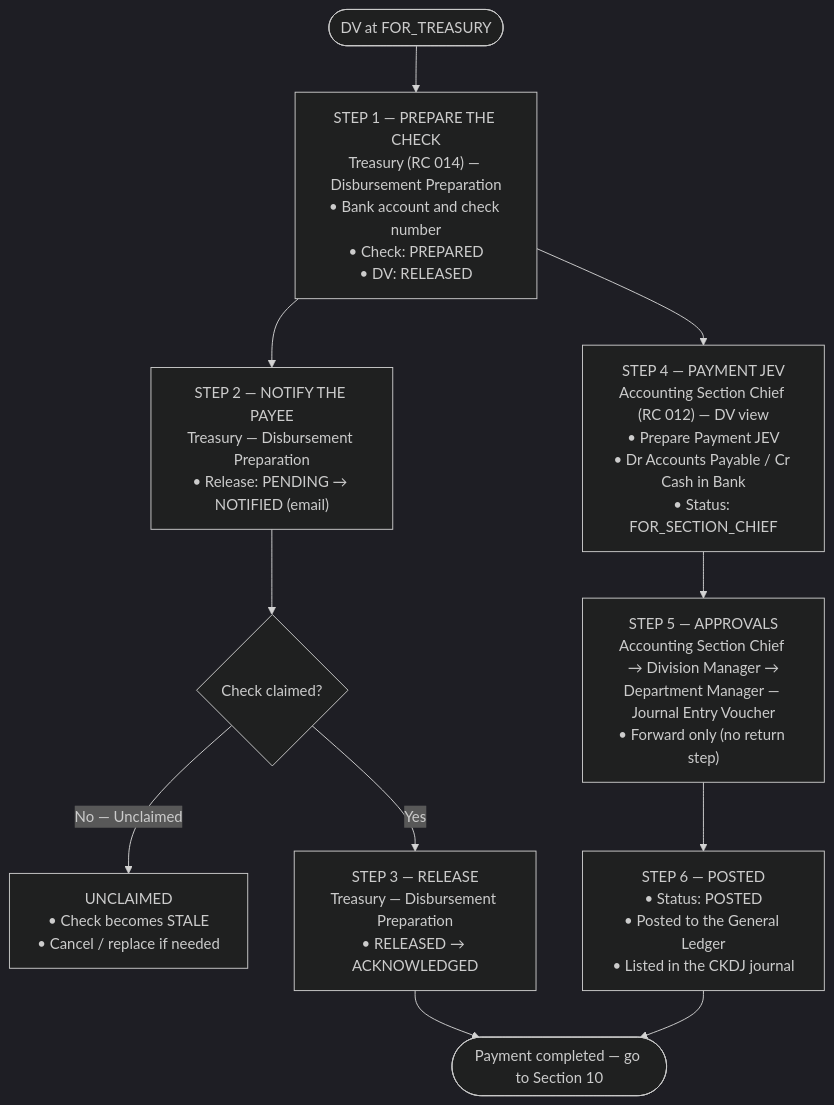
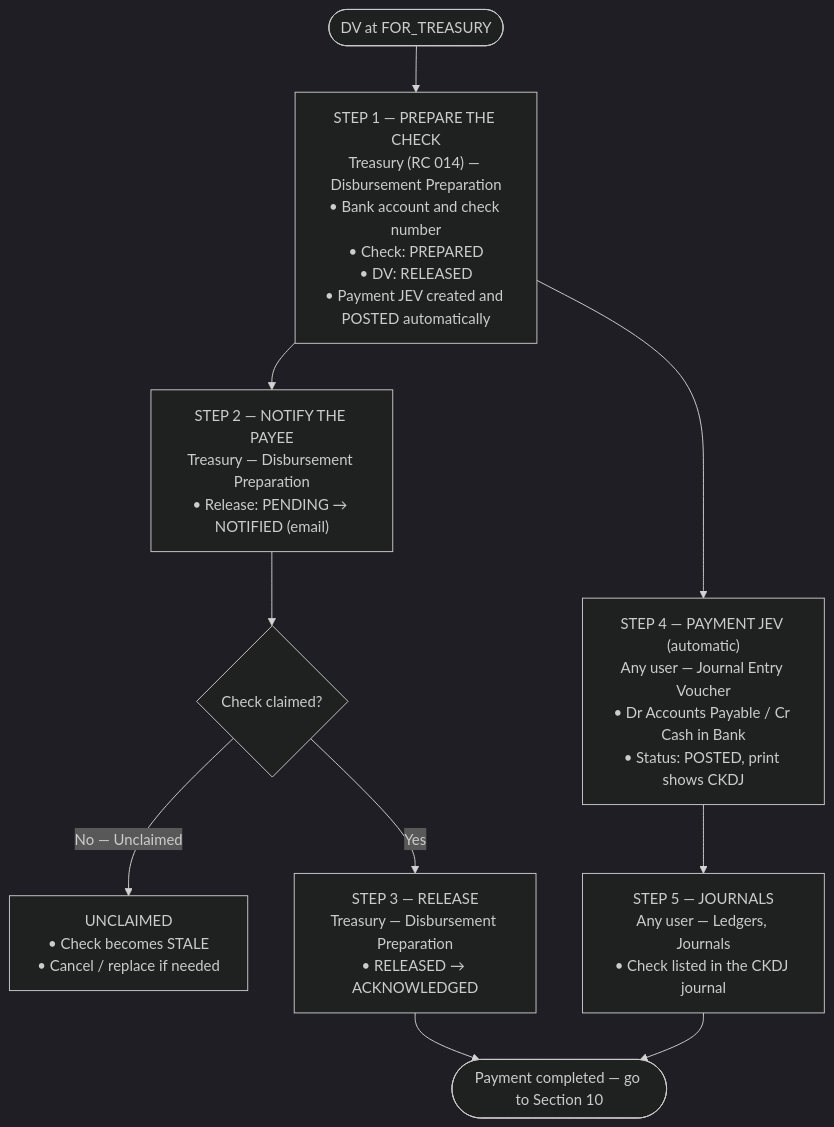
Before and after one commit to A-team-ITBS/fims-nha: diagram 12 of 14 in system_docs/process-flow/PROCESS-FLOW.md, drawn with Mermaid (dark theme). The commit also changed other lines of this file and 2 other files, not shown here.

First line of the commit message:
Update process flow documentation for clarity and accuracy

````diff
--- a/system_docs/process-flow/PROCESS-FLOW.md
+++ b/system_docs/process-flow/PROCESS-FLOW.md
@@ -441,13 +452,12 @@
 ```mermaid
 flowchart TD
-    START(["DV at FOR_TREASURY"]) --> S1["STEP 1 — PREPARE THE CHECK<br/>Treasury (RC 014) — Disbursement Preparation<br/>• Bank account and check number<br/>• Check: PREPARED<br/>• DV: RELEASED"]
+    START(["DV at FOR_TREASURY"]) --> S1["STEP 1 — PREPARE THE CHECK<br/>Treasury (RC 014) — Disbursement Preparation<br/>• Bank account and check number<br/>• Check: PREPARED<br/>• DV: RELEASED<br/>• Payment JEV created and POSTED automatically"]
     S1 --> S2["STEP 2 — NOTIFY THE PAYEE<br/>Treasury — Disbursement Preparation<br/>• Release: PENDING → NOTIFIED (email)"]
     S2 --> D1{"Check claimed?"}
     D1 -->|"No — Unclaimed"| U["UNCLAIMED<br/>• Check becomes STALE<br/>• Cancel / replace if needed"]
     D1 -->|"Yes"| S3["STEP 3 — RELEASE<br/>Treasury — Disbursement Preparation<br/>• RELEASED → ACKNOWLEDGED"]
-    S1 --> S4["STEP 4 — PAYMENT JEV<br/>Accounting Section Chief (RC 012) — DV view<br/>• Prepare Payment JEV<br/>• Dr Accounts Payable / Cr Cash in Bank<br/>• Status: FOR_SECTION_CHIEF"]
-    S4 --> S5["STEP 5 — APPROVALS<br/>Accounting Section Chief → Division Manager →<br/>Department Manager — Journal Entry Voucher<br/>• Forward only (no return step)"]
-    S5 --> S6["STEP 6 — POSTED<br/>• Status: POSTED<br/>• Posted to the General Ledger<br/>• Listed in the CKDJ journal"]
+    S1 --> S4["STEP 4 — PAYMENT JEV (automatic)<br/>Any user — Journal Entry Voucher<br/>• Dr Accounts Payable / Cr Cash in Bank<br/>• Status: POSTED, print shows CKDJ"]
+    S4 --> S5["STEP 5 — JOURNALS<br/>Any user — Ledgers, Journals<br/>• Check listed in the CKDJ journal"]
     S3 --> END(["Payment completed — go to Section 10"])
-    S6 --> END
+    S5 --> END
 ```
````
